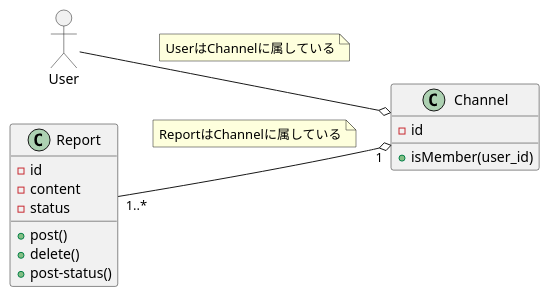
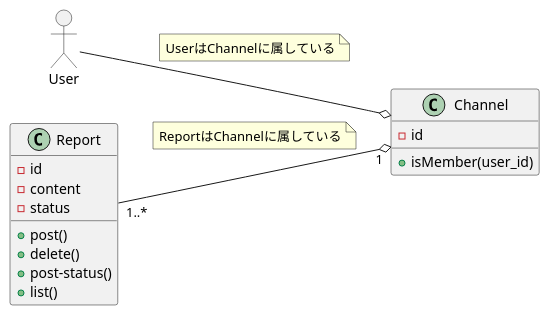
Before and after one commit to ito-masam/kpt-guard.doc: the diagram in 1.design/1.domain/domain.md, drawn with PlantUML.

Commit message:
ドメイン図のReportにlist()を追加

```diff
--- a/1.design/1.domain/domain.md
+++ b/1.design/1.domain/domain.md
@@ -1,31 +1,32 @@
 @startuml
 
     left to right direction
 
     mix_actor User
 
     class Report {
       - id
       - content
       - status
       + post()
       + delete()
       + post-status()
+      + list()
     }
 
     class Channel {
       - id
       + isMember(user_id)
     }
 
     User --o Channel
     note on link
       UserはChannelに属している
     end note
 
     Report "1..*" --o "1" Channel
     note on link
       ReportはChannelに属している
     end note
 
 @enduml
```
